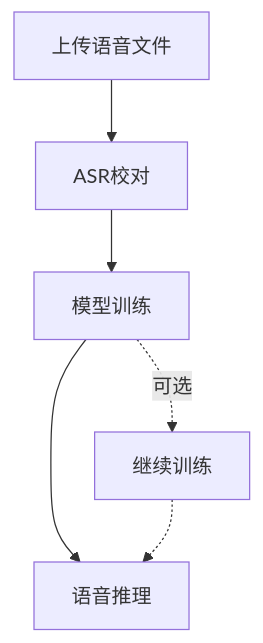
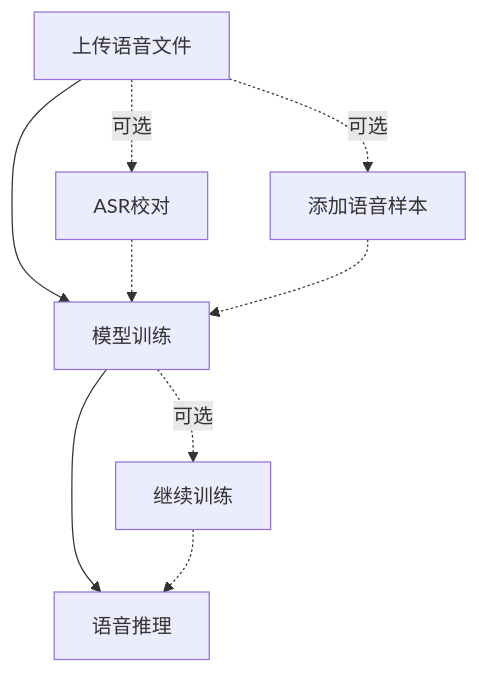
Before and after one commit to newsiquare/mockvox: the diagram in docs/cn/cli.md, drawn with Mermaid. The commit also changed other lines of this file and 3 other files, not shown here.

````diff
--- a/docs/cn/cli.md
+++ b/docs/cn/cli.md
@@ -19,8 +19,11 @@
 ```mermaid
 graph TD
-    A[上传语音文件] --> B[ASR校对]
-    B --> C[模型训练]
+    A[上传语音文件] -.-> |可选| B[ASR校对]
+    A -.-> |可选| E[添加语音样本]
+    A --> C[模型训练]
+    B -.-> C
+    E -.-> C
     C --> D[语音推理]
     C -.-> |可选| G[继续训练]  
     G -.-> D                  
 ```
````
